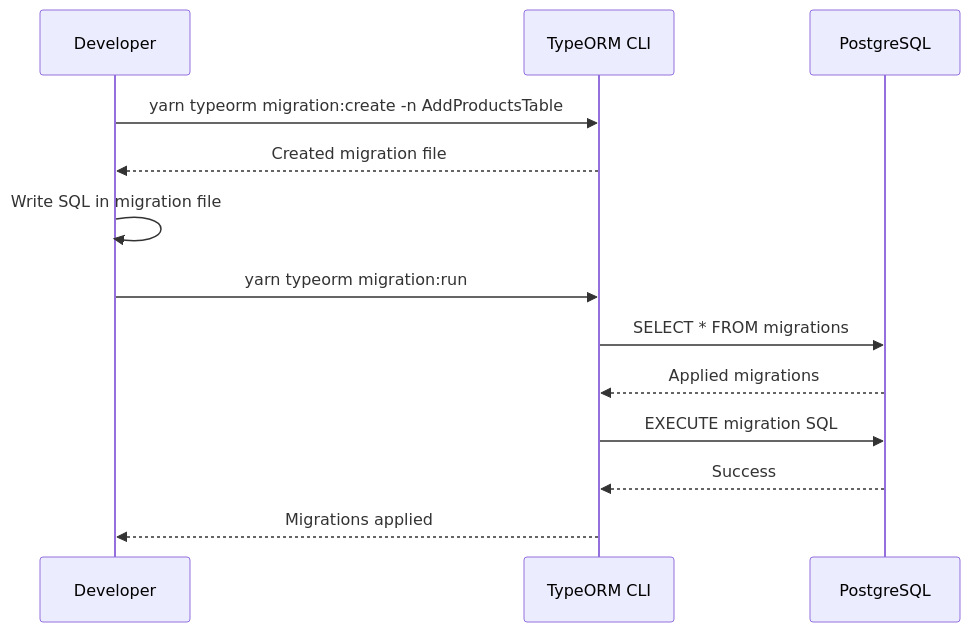
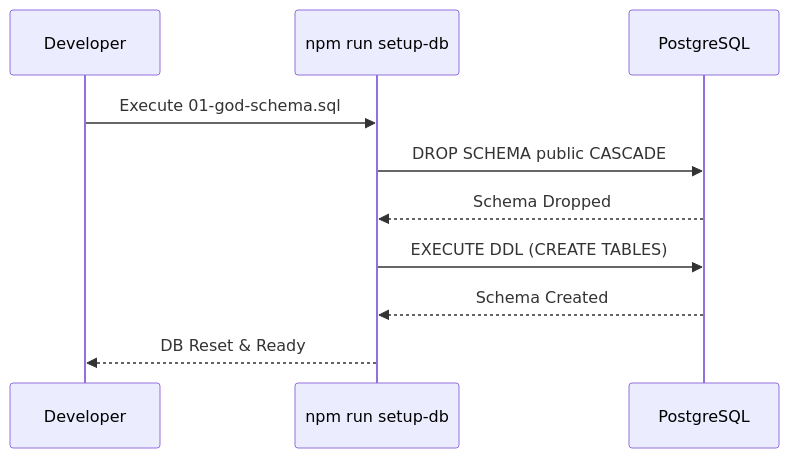
One commit to alagusundarams/swagger-scorer changed the sixth of 6 diagrams in docs/backend_documentation.md. Above: the diagram before and after it, drawn with Mermaid. The commit also changed other lines of this file, not shown here.

Commit message:
docs: correct migration strategy from TypeORM to Native SQL

````diff
--- a/docs/backend_documentation.md
+++ b/docs/backend_documentation.md
@@ -145,18 +145,13 @@
 ```mermaid
 sequenceDiagram
     participant Dev as Developer
-    participant CLI as TypeORM CLI
+    participant Script as npm run setup-db
     participant DB as PostgreSQL
 
-    Dev->>CLI: yarn typeorm migration:create -n AddProductsTable
-    CLI-->>Dev: Created migration file
-    
-    Dev->>Dev: Write SQL in migration file
-    
-    Dev->>CLI: yarn typeorm migration:run
-    CLI->>DB: SELECT * FROM migrations
-    DB-->>CLI: Applied migrations
-    CLI->>DB: EXECUTE migration SQL
-    DB-->>CLI: Success
-    CLI-->>Dev: Migrations applied
+    Dev->>Script: Execute 01-god-schema.sql
+    Script->>DB: DROP SCHEMA public CASCADE
+    DB-->>Script: Schema Dropped
+    Script->>DB: EXECUTE DDL (CREATE TABLES)
+    DB-->>Script: Schema Created
+    Script-->>Dev: DB Reset & Ready
 ```
````
